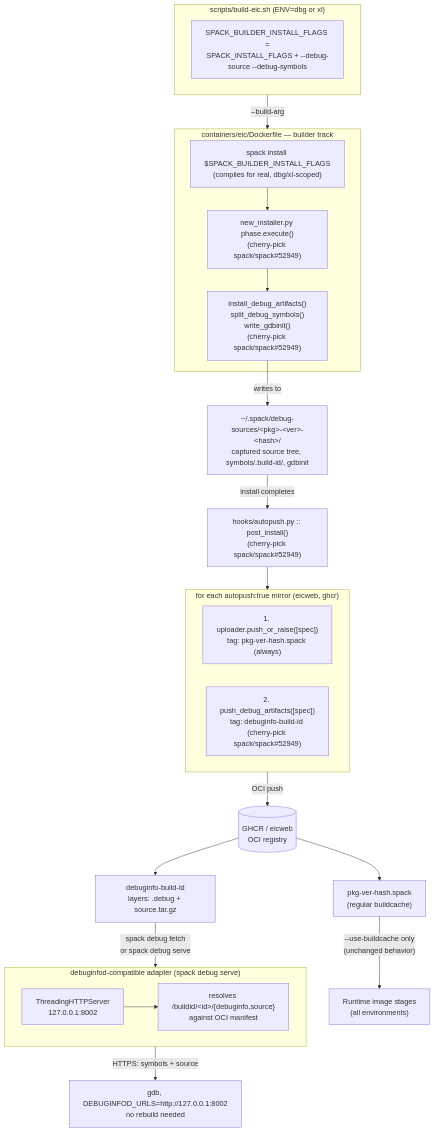
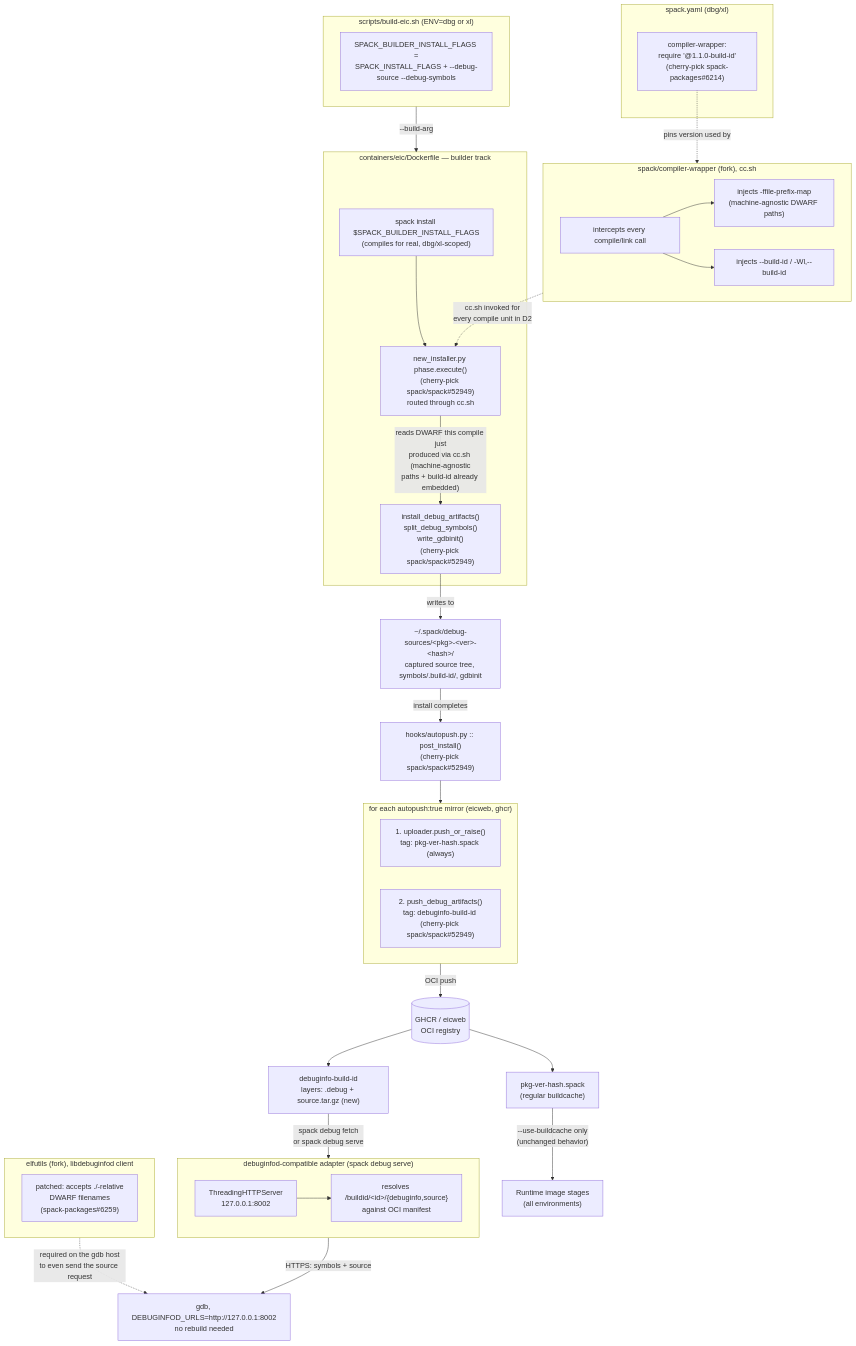
One commit to SebastianPaucar/Spack-Debuggable-Installations changed the second of 2 diagrams in eic_integration/README.md. Above: the diagram before and after it, drawn with Mermaid.

````diff
--- a/eic_integration/README.md
+++ b/eic_integration/README.md
@@ -92,42 +92,65 @@
 ```mermaid
 flowchart TB
     subgraph Build["scripts/build-eic.sh (ENV=dbg or xl)"]
         F1["SPACK_BUILDER_INSTALL_FLAGS =<br/>SPACK_INSTALL_FLAGS + --debug-source --debug-symbols"]
     end
 
     Build -->|--build-arg| Docker
 
+    subgraph Env["spack.yaml (dbg/xl)"]
+        E1["compiler-wrapper:<br/>require '@1.1.0-build-id'<br/>(cherry-pick spack-packages#6214)"]
+    end
+
+    subgraph Wrapper["spack/compiler-wrapper (fork), cc.sh"]
+        W1["intercepts every compile/link call"]
+        W2["injects -ffile-prefix-map<br/>(machine-agnostic DWARF paths)"]
+        W3["injects --build-id / -Wl,--build-id"]
+        W1 --> W2
+        W1 --> W3
+    end
+
+    E1 -.->|pins version used by| Wrapper
+
     subgraph Docker["containers/eic/Dockerfile — builder track"]
         D1["spack install $SPACK_BUILDER_INSTALL_FLAGS<br/>(compiles for real, dbg/xl-scoped)"]
-        D2["new_installer.py phase.execute()<br/>(cherry-pick spack/spack#52949)"]
+        D2["new_installer.py phase.execute()<br/>(cherry-pick spack/spack#52949)<br/>routed through cc.sh"]
         D3["install_debug_artifacts()<br/>split_debug_symbols()<br/>write_gdbinit()<br/>(cherry-pick spack/spack#52949)"]
-        D1 --> D2 --> D3
+	D1 --> D2
+        D2 -->|"reads DWARF this compile just<br/>produced via cc.sh (machine-agnostic<br/>paths + build-id already embedded)"| D3
     end
+
+    Wrapper -.->|"cc.sh invoked for<br/>every compile unit in D2"| D2
 
     D3 -->|writes to| Cache["~/.spack/debug-sources/&lt;pkg&gt;-&lt;ver&gt;-&lt;hash&gt;/<br/>captured source tree, symbols/.build-id/, gdbinit"]
 
     Cache -->|install completes| Hook["hooks/autopush.py :: post_install()<br/>(cherry-pick spack/spack#52949)"]
 
     subgraph Hook_detail["for each autopush:true mirror (eicweb, ghcr)"]
-        H1["1. uploader.push_or_raise([spec])<br/>tag: pkg-ver-hash.spack (always)"]
-        H2["2. push_debug_artifacts([spec])<br/>tag: debuginfo-build-id (cherry-pick spack/spack#52949)"]
+        H1["1. uploader.push_or_raise()<br/>tag: pkg-ver-hash.spack (always)"]
+        H2["2. push_debug_artifacts()<br/>tag: debuginfo-build-id (cherry-pick spack/spack#52949)"]
     end
 
     Hook --> Hook_detail
     Hook_detail -->|OCI push| Registry[("GHCR / eicweb<br/>OCI registry")]
 
     Registry --> R1["pkg-ver-hash.spack<br/>(regular buildcache)"]
-    Registry --> R2["debuginfo-build-id<br/>layers: .debug + source.tar.gz"]
+    Registry --> R2["debuginfo-build-id<br/>layers: .debug + source.tar.gz (new)"]
 
     R1 -->|"--use-buildcache only<br/>(unchanged behavior)"| Runtime["Runtime image stages<br/>(all environments)"]
 
     R2 -->|"spack debug fetch<br/>or spack debug serve"| Adapter
 
     subgraph Adapter["debuginfod-compatible adapter (spack debug serve)"]
         A1["ThreadingHTTPServer<br/>127.0.0.1:8002"]
         A2["resolves /buildid/&lt;id&gt;/{debuginfo,source}<br/>against OCI manifest"]
         A1 --> A2
     end
+    
+    subgraph Elfutils["elfutils (fork), libdebuginfod client"]
+        EL1["patched: accepts ./-relative<br/>DWARF filenames<br/>(spack-packages#6259)"]
+    end
+
+    Elfutils -.->|"required on the gdb host<br/>to even send the source request"| GDB
 
     Adapter -->|"HTTPS: symbols + source"| GDB["gdb, DEBUGINFOD_URLS=http://127.0.0.1:8002<br/>no rebuild needed"]
 ```
````
